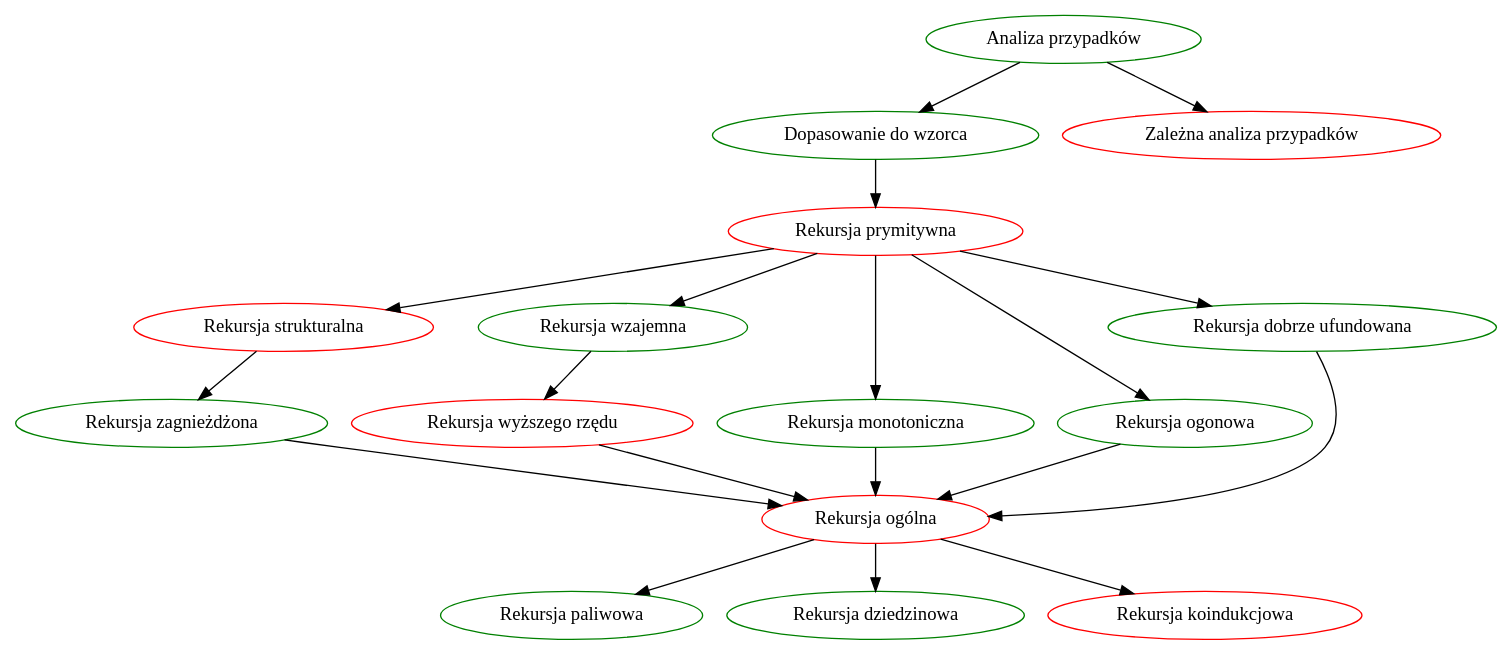
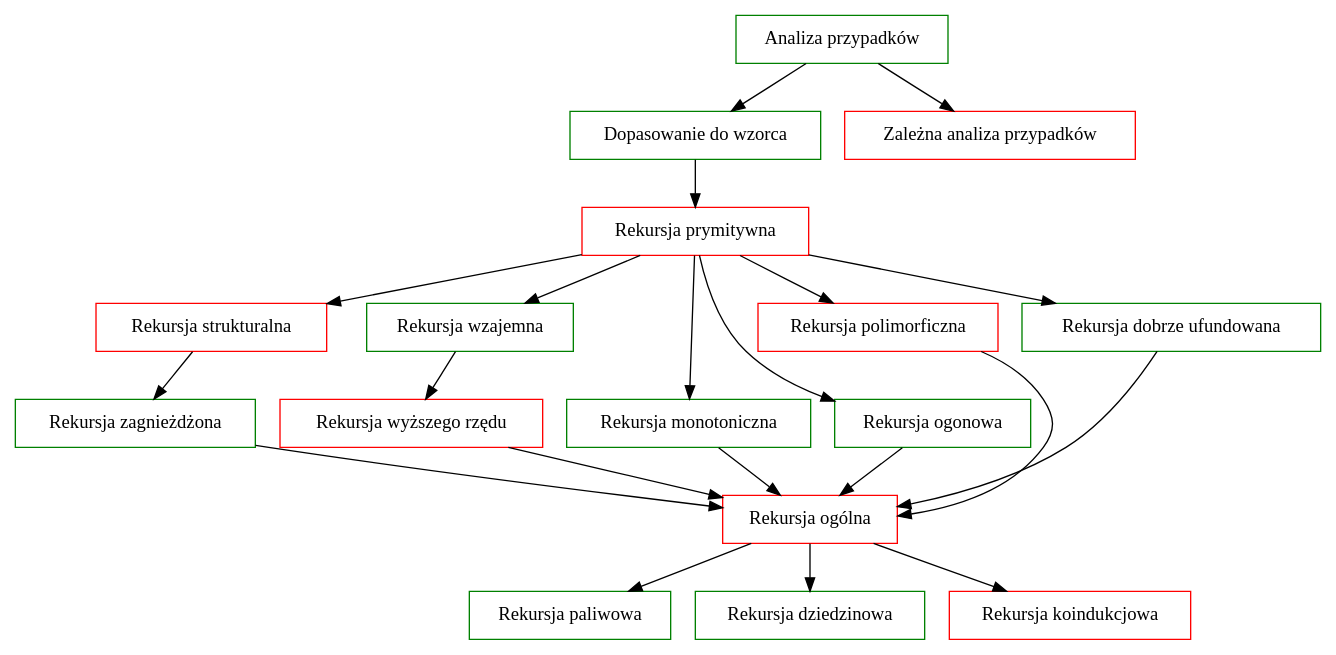
The diagram in txt/plany/rekursja.dot (wkolowski/Typonomikon), drawn with Graphviz before and after one commit. The commit also changed 30 other files, not shown here.

```diff
--- a/txt/plany/rekursja.dot
+++ b/txt/plany/rekursja.dot
@@ -1,46 +1,48 @@
 digraph
 {
+  node[shape = rectangle]
 
   Przypadki                 [label = "Analiza przypadków"        , color = green]
   Wzorce                    [label = "Dopasowanie do wzorca"     , color = green]
   ZależnePrzypadki          [label = "Zależna analiza przypadków", color = red  ]
   
   Prymitywna                [label = "Rekursja prymitywna"       , color = red  ]
+  
   Strukturalna              [label = "Rekursja strukturalna"     , color = red  ]
-  
+  Zagnieżdżona              [label = "Rekursja zagnieżdżona"     , color = green]
+
   Wzajemna                  [label = "Rekursja wzajemna"         , color = green]
   WyższegoRzędu             [label = "Rekursja wyższego rzędu"   , color = red  ]
 
   Monotoniczna              [label = "Rekursja monotoniczna"     , color = green]
   Ogonowa                   [label = "Rekursja ogonowa"          , color = green]
+  Polimorficzna             [label = "Rekursja polimorficzna"    , color = red  ]
 
   Ufundowana                [label = "Rekursja dobrze ufundowana", color = green]
   
-  Zagnieżdżona              [label = "Rekursja zagnieżdżona"     , color = green]
-  
-  
-
   Ogólna                    [label = "Rekursja ogólna"           , color = red  ]
   Paliwowa                  [label = "Rekursja paliwowa"         , color = green]
   Dziedzinowa               [label = "Rekursja dziedzinowa"      , color = green]
   Koind                     [label = "Rekursja koindukcjowa"     , color = red  ]
-  
+
 
 
   Przypadki     -> Wzorce, ZależnePrzypadki
   Wzorce        -> Prymitywna
   
-  Prymitywna    -> Monotoniczna, Ogonowa, Strukturalna, Wzajemna, Ufundowana
+  Prymitywna    -> Monotoniczna, Ogonowa, Polimorficzna, Strukturalna, Wzajemna, Ufundowana
+  
   Strukturalna  -> Zagnieżdżona
   Zagnieżdżona  -> Ogólna
 
   Wzajemna      -> WyższegoRzędu
   WyższegoRzędu -> Ogólna
 
   Monotoniczna  -> Ogólna
   Ogonowa       -> Ogólna
+  Polimorficzna -> Ogólna
 
   Ufundowana    -> Ogólna
 
   Ogólna       -> Paliwowa, Dziedzinowa, Koind
 }
```
